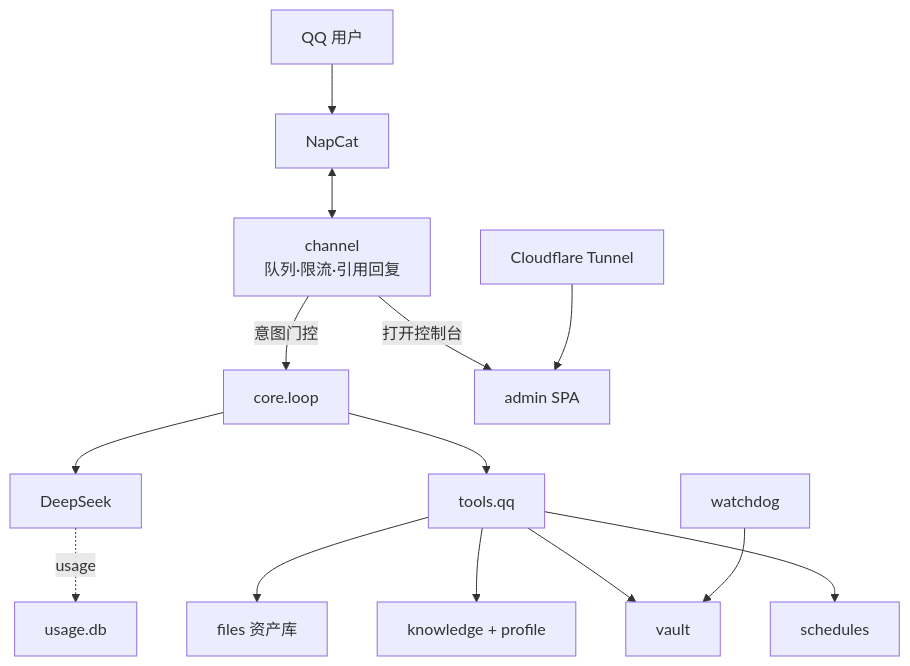
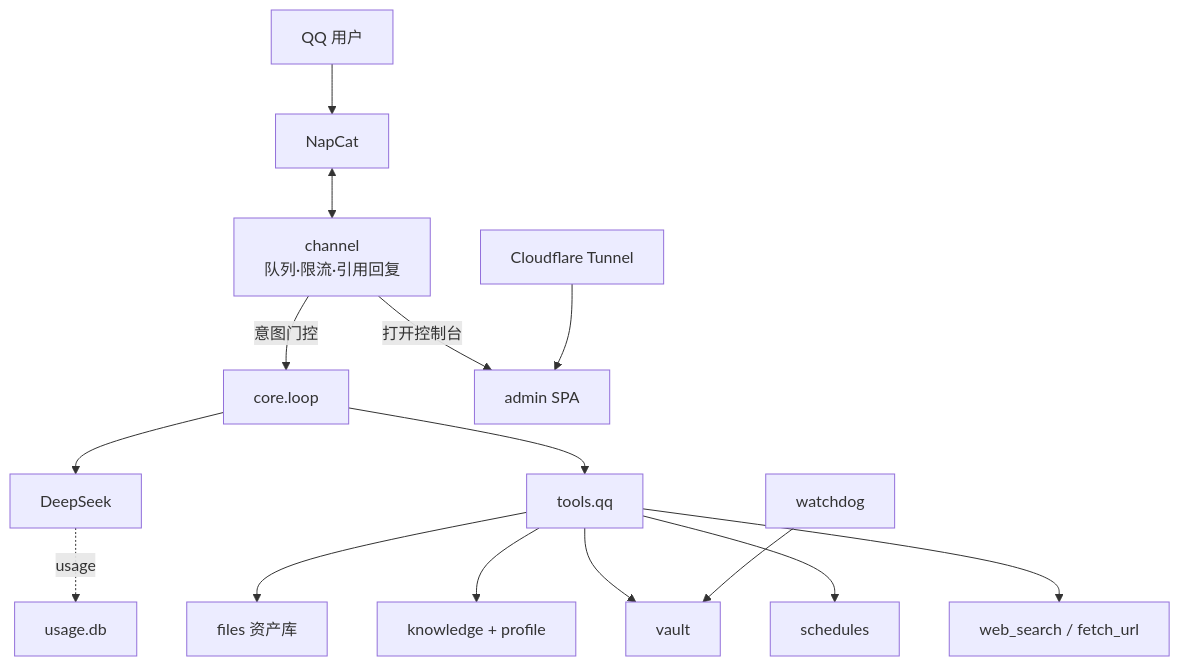
Before and after one commit to Covertrick/Tiny-Claude-Code: the diagram in README.md, drawn with Mermaid. The commit also changed other lines of this file and 22 other files, not shown here.

````diff
--- a/README.md
+++ b/README.md
@@ -50,16 +55,17 @@
 ```mermaid
 flowchart TB
   QQ[QQ 用户] --> NC[NapCat]
   NC <--> CH[channel<br/>队列·限流·引用回复]
   CH -->|意图门控| LOOP[core.loop]
   LOOP --> LLM[DeepSeek]
   LOOP --> T[tools.qq]
   T --> F[files 资产库]
   T --> K[knowledge + profile]
   T --> V[vault]
   T --> S[schedules]
+  T --> WSearch[web_search / fetch_url]
   W[watchdog] --> V
   CH -->|打开控制台| AD[admin SPA]
   CF[Cloudflare Tunnel] --> AD
   LLM -.->|usage| U[usage.db]
 ```
````
